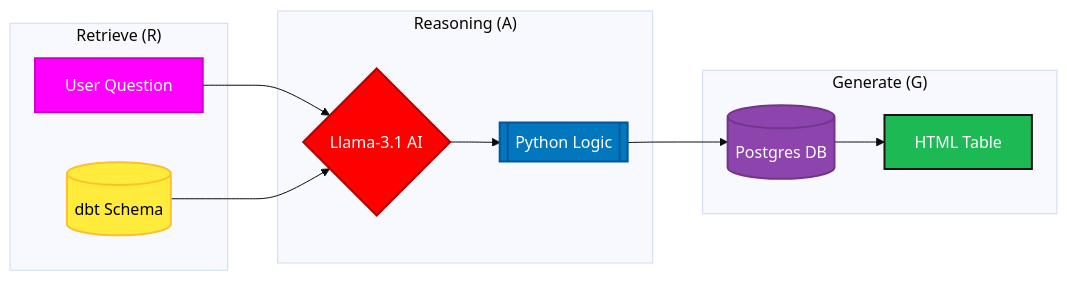
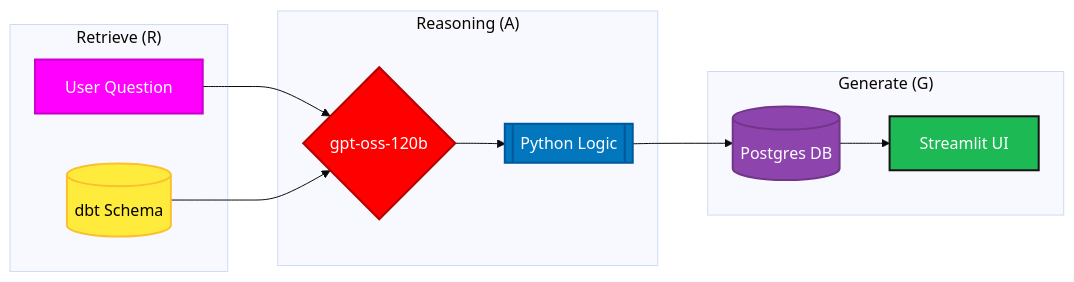
The diagram in README.md (masabai/sql_real_estate_etl_dbt_dag), drawn with Mermaid (base theme) before and after one commit. The commit also changed other lines of this file, not shown here.

````diff
--- a/README.md
+++ b/README.md
@@ -21,32 +22,32 @@
 ```mermaid
 graph LR
     subgraph "Retrieve (R)"
         A[User Question]
         B[(dbt Schema)]
     end
 
     subgraph "Reasoning (A)"
-        C{Llama-3.1 AI}
+        C{gpt-oss-120b}
         D[[Python Logic]]
     end
 
     subgraph "Generate (G)"
         E[(Postgres DB)]
-        F[HTML Table]
+        F[Streamlit UI]
     end
 
     %% Flow Connections
     A --> C
     B --> C
     C --> D
     D --> E
     E --> F
 
     %% Professional High-Contrast Palette (Darker fills, white text)
     style A fill:#ff00ff,stroke:#cc00cc,stroke-width:2px,color:#fff 
     style B fill:#FFEB3B,stroke:#FBC02D,stroke-width:2px,color:#000  
     style C fill:#ff0000,stroke:#b30000,stroke-width:2px,color:#fff 
     style D fill:#0277bd,stroke:#01579b,stroke-width:2px,color:#fff
     style E fill:#8e44ad,stroke:#71368a,stroke-width:2px,color:#fff
     style F fill:#1DB954,stroke:#191414,stroke-width:2px,color:#fff
 ```
````
